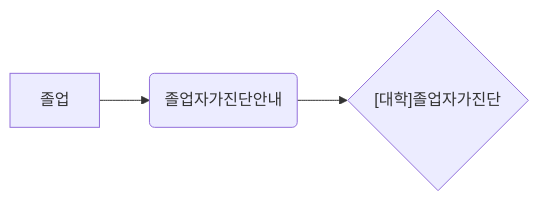
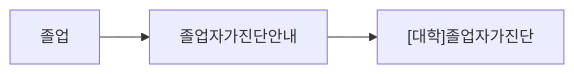
The diagram in jaeseop/jaeseop.md (parkjaeseop/OSS_2026_teamproject), drawn with Mermaid before and after one commit. The commit also changed other lines of this file, not shown here.

Commit message:
Fix mermaid graph shape and Add contents about sugang gguroumi

````diff
--- a/jaeseop/jaeseop.md
+++ b/jaeseop/jaeseop.md
@@ -18,5 +18,5 @@
 ```mermaid
 graph LR
-A["졸업"] --> B("졸업자가진단안내")
-B --> C{"[대학]졸업자가진단"}
+A["졸업"] --> B["졸업자가진단안내"]
+B --> C["[대학]졸업자가진단"]
 ```
````
